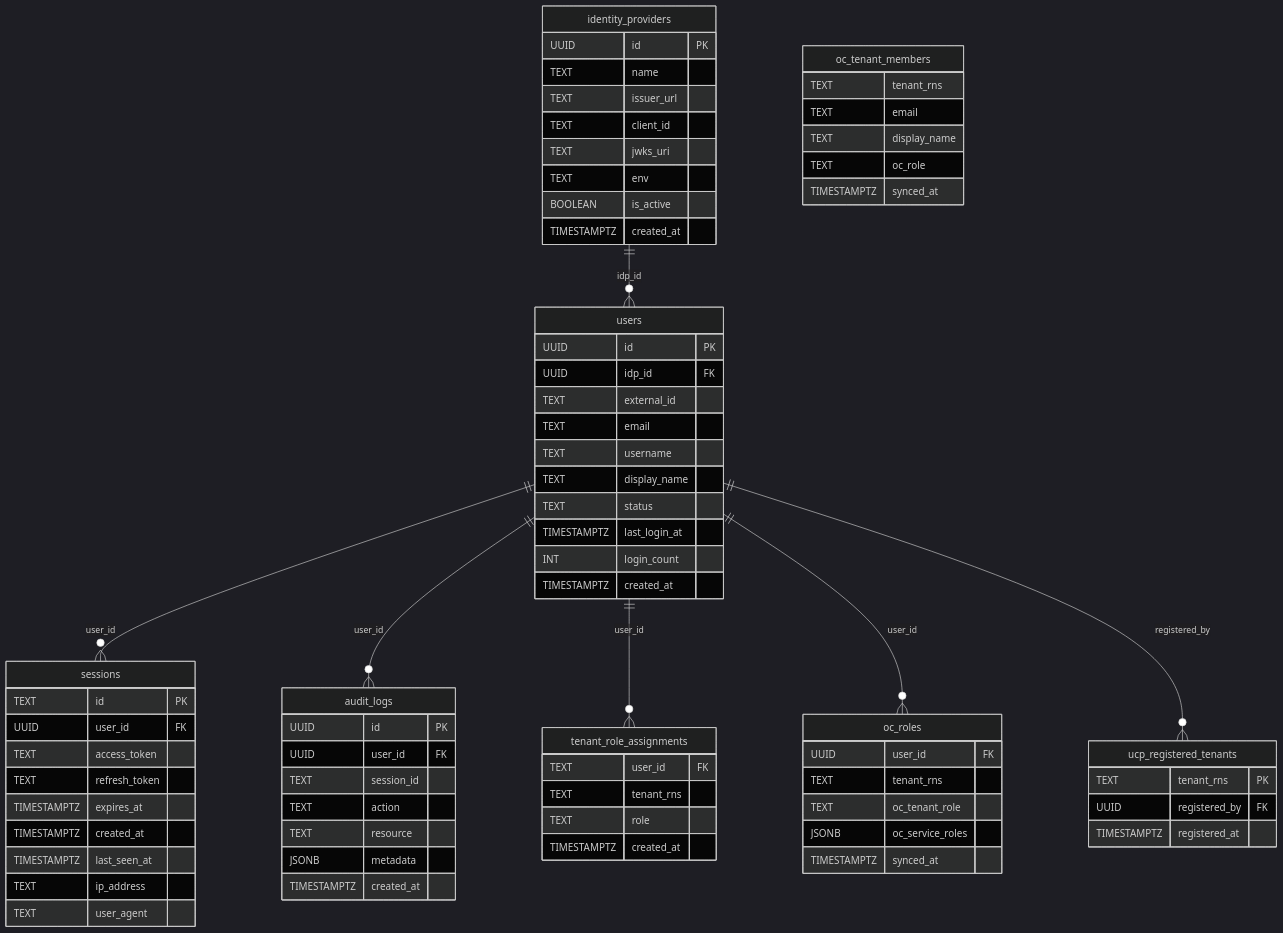
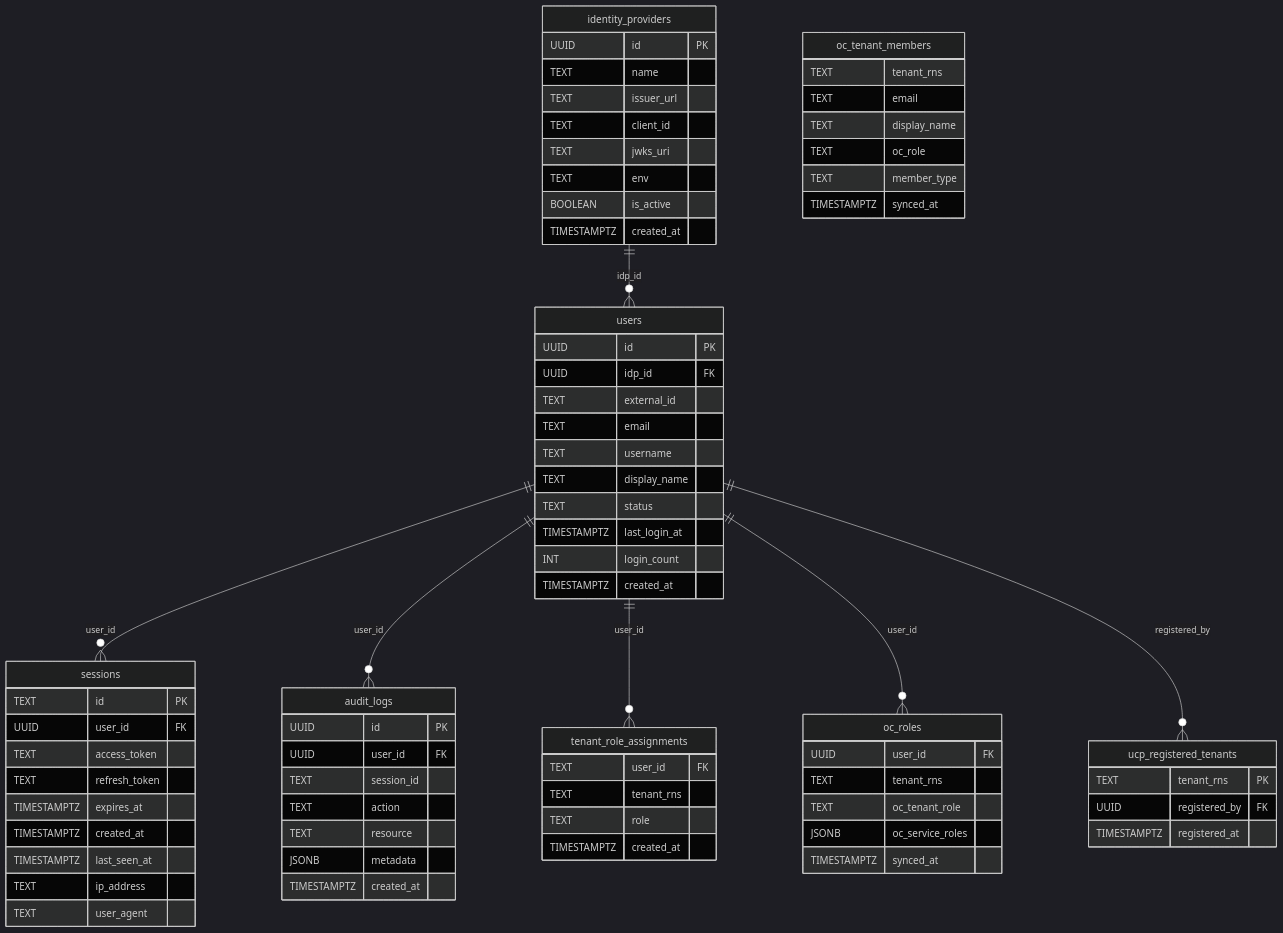
The diagram in docs/projects/universal-control-plane-ucp/pocs/rbac/ucp-rbac-design.md (aripermana-putra/ucp-docs-collection), drawn with Mermaid (dark theme) before and after one commit. The commit also changed other lines of this file and 1 other file, not shown here.

```diff
--- a/docs/projects/universal-control-plane-ucp/pocs/rbac/ucp-rbac-design.md
+++ b/docs/projects/universal-control-plane-ucp/pocs/rbac/ucp-rbac-design.md
@@ -188,6 +188,7 @@
         TEXT email
         TEXT display_name
         TEXT oc_role
+        TEXT member_type
         TIMESTAMPTZ synced_at
     }
 
```
